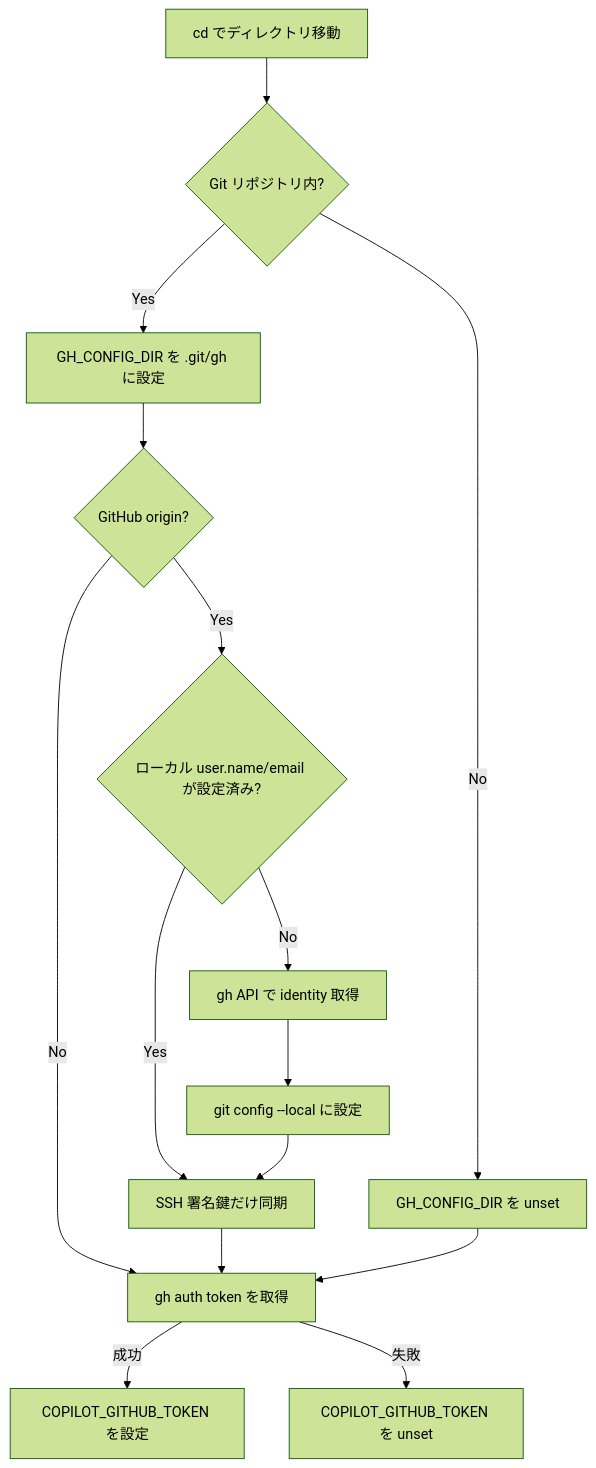
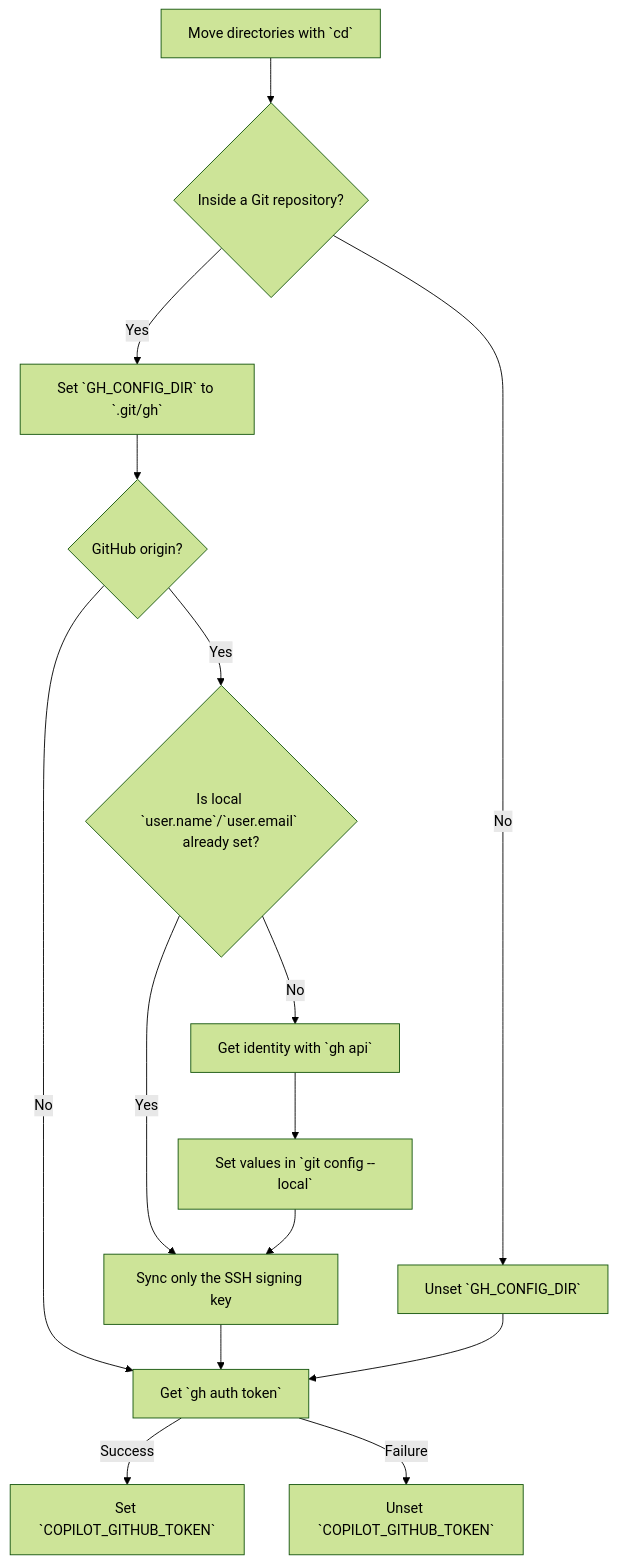
The diagram in docs/guides/04-git-identity.md (daiksud/dotfiles), drawn with Mermaid (forest theme) before and after one commit. The commit also changed other lines of this file and 39 other files, not shown here.

````diff
--- a/docs/guides/04-git-identity.md
+++ b/docs/guides/04-git-identity.md
@@ -9,17 +9,17 @@
 ```mermaid
 graph TD
-    A[cd でディレクトリ移動] --> B{Git リポジトリ内?}
-    B -- No --> U[GH_CONFIG_DIR を unset]
-    B -- Yes --> D[GH_CONFIG_DIR を .git/gh に設定]
+    A[Move directories with `cd`] --> B{Inside a Git repository?}
+    B -- No --> U[Unset `GH_CONFIG_DIR`]
+    B -- Yes --> D[Set `GH_CONFIG_DIR` to `.git/gh`]
     D --> C{GitHub origin?}
-    C -- No --> T[gh auth token を取得]
-    C -- Yes --> E{ローカル user.name/email が設定済み?}
-    E -- Yes --> F[SSH 署名鍵だけ同期]
-    E -- No --> G[gh API で identity 取得]
-    G --> H[git config --local に設定]
+    C -- No --> T[Get `gh auth token`]
+    C -- Yes --> E{Is local `user.name`/`user.email` already set?}
+    E -- Yes --> F[Sync only the SSH signing key]
+    E -- No --> G[Get identity with `gh api`]
+    G --> H[Set values in `git config --local`]
     H --> F
     F --> T
     U --> T
-    T -- 成功 --> V[COPILOT_GITHUB_TOKEN を設定]
-    T -- 失敗 --> W[COPILOT_GITHUB_TOKEN を unset]
+    T -- Success --> V[Set `COPILOT_GITHUB_TOKEN`]
+    T -- Failure --> W[Unset `COPILOT_GITHUB_TOKEN`]
 ```
````
